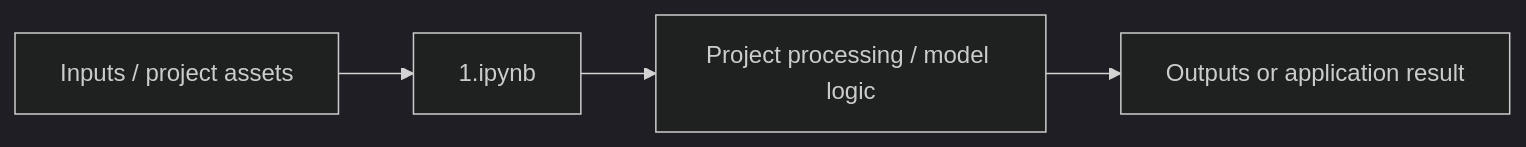
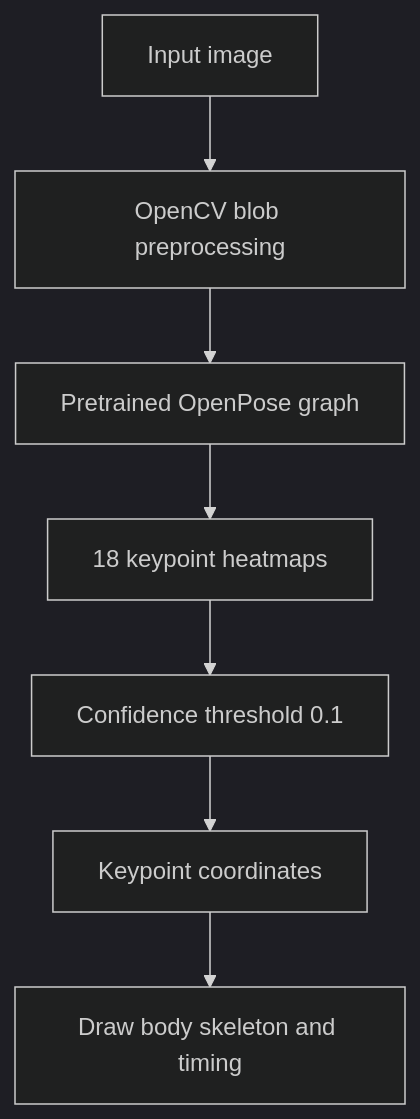
Before and after one commit to Rajkumar-Ai-Engineer/120_ProjectStreak: the diagram in DeepLearning/Human_pose/README.md, drawn with Mermaid (dark theme). The commit also changed other lines of this file, not shown here.

````diff
--- a/DeepLearning/Human_pose/README.md
+++ b/DeepLearning/Human_pose/README.md
@@ -21,6 +20,9 @@
 ```mermaid
-flowchart LR
-    I[Inputs / project assets] --> E[1.ipynb]
-    E --> P[Project processing / model logic]
-    P --> O[Outputs or application result]
+flowchart TD
+ A[Input image] --> B[OpenCV blob preprocessing]
+ B --> C[Pretrained OpenPose graph]
+ C --> D[18 keypoint heatmaps]
+ D --> E[Confidence threshold 0.1]
+ E --> F[Keypoint coordinates]
+ F --> G[Draw body skeleton and timing]
 ```
````
